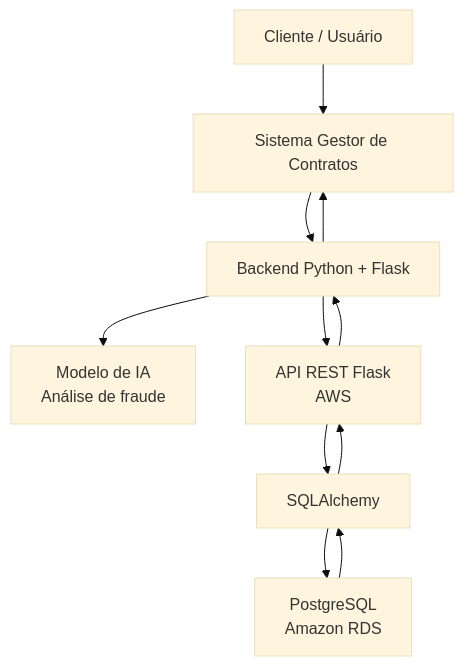
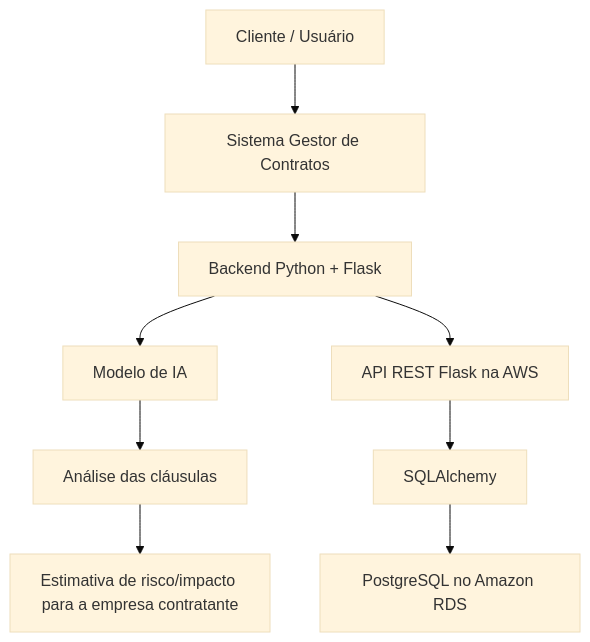
One commit to joaomorangoni/Gestao-de-contratos changed the diagram in README.md. Above: the diagram before and after it, drawn with Mermaid (base theme). The commit also changed other lines of this file, not shown here.

````diff
--- a/README.md
+++ b/README.md
@@ -141,13 +141,11 @@
 ```mermaid
 flowchart TD
     A[Cliente / Usuário] --> B[Sistema Gestor de Contratos]
     B --> C[Backend Python + Flask]
-    C --> D[Modelo de IA<br/>Análise de fraude]
-    C --> E[API REST Flask<br/>AWS]
-    E --> F[SQLAlchemy]
-    F --> G[PostgreSQL<br/>Amazon RDS]
-    G --> F
-    F --> E
-    E --> C
-    C --> B
+    C --> D[Modelo de IA]
+    D --> E[Análise das cláusulas]
+    E --> F[Estimativa de risco/impacto para a empresa contratante]
+    C --> G[API REST Flask na AWS]
+    G --> H[SQLAlchemy]
+    H --> I[PostgreSQL no Amazon RDS]
 ```
````
